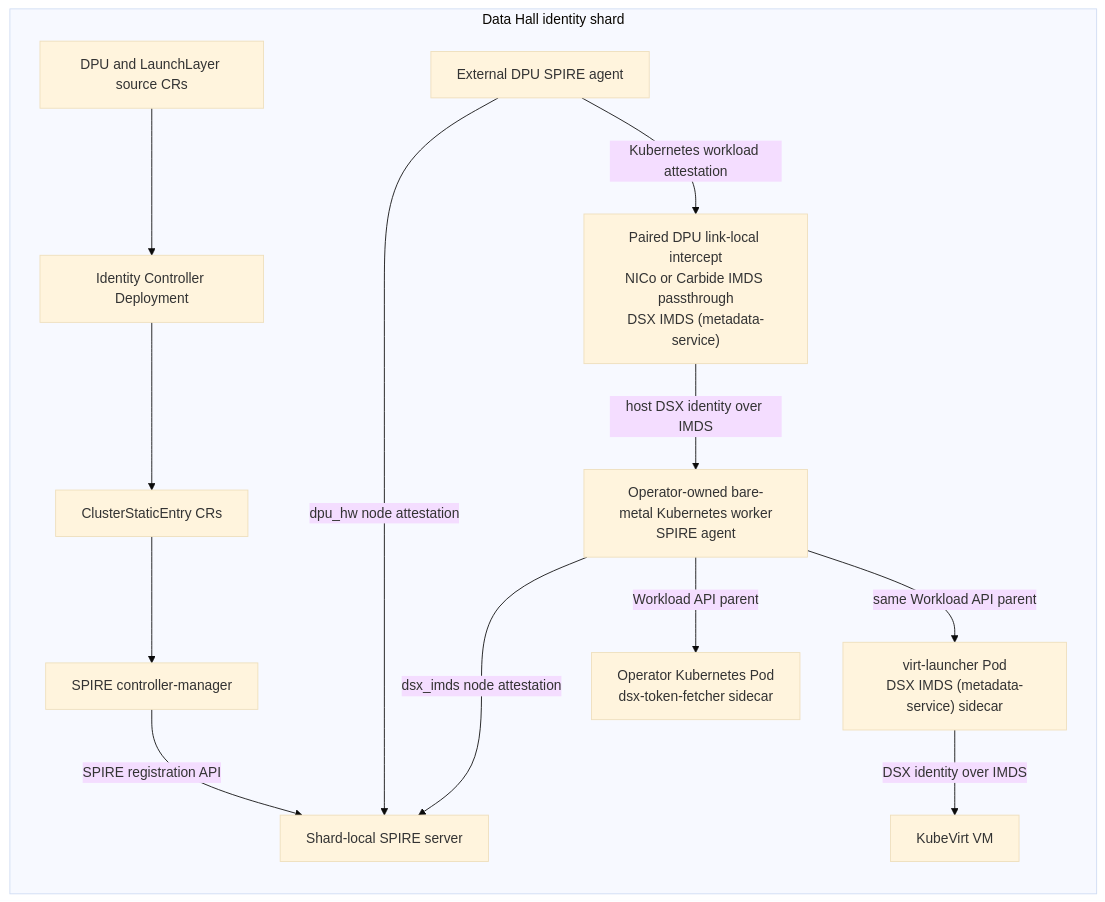
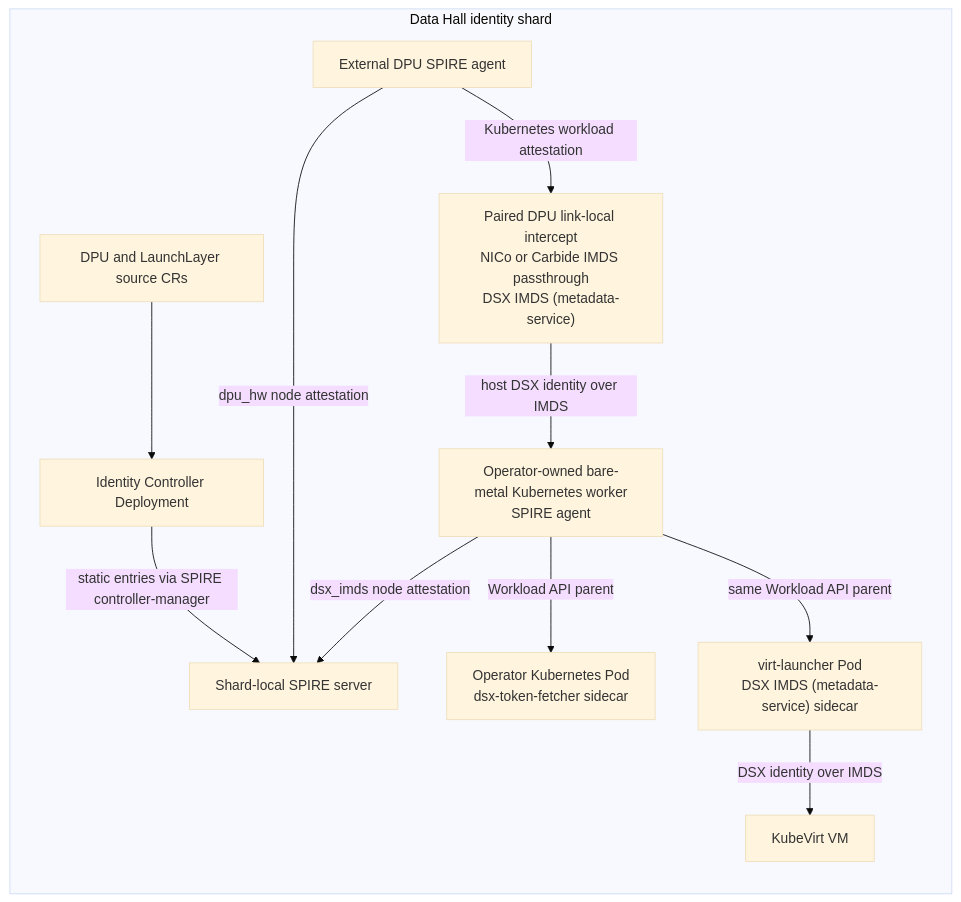
One commit to dsx-ai-factory/nvidia-workload-identity changed the first of 4 diagrams in README.md. Above: the diagram before and after it, drawn with Mermaid (base theme). The commit also changed other lines of this file, not shown here.

````diff
--- a/README.md
+++ b/README.md
@@ -87,29 +85,25 @@
 ```mermaid
 flowchart TB
   subgraph Shard["Data Hall identity shard"]
     direction TB
     Sources["DPU and LaunchLayer source CRs"]
     Controller["Identity Controller Deployment"]
-    Entries["ClusterStaticEntry CRs"]
-    Manager["SPIRE controller-manager"]
     SPIRE["Shard-local SPIRE server"]
     DPU["External DPU SPIRE agent"]
     MDS["Paired DPU link-local intercept<br/>NICo or Carbide IMDS passthrough<br/>DSX IMDS (metadata-service)"]
     Host["Operator-owned bare-metal Kubernetes worker<br/>SPIRE agent"]
     Pod["Operator Kubernetes Pod<br/>dsx-token-fetcher sidecar"]
     VMHost["virt-launcher Pod<br/>DSX IMDS (metadata-service) sidecar"]
     VM["KubeVirt VM"]
 
     Sources --> Controller
-    Controller --> Entries
-    Entries --> Manager
-    Manager -->|"SPIRE registration API"| SPIRE
+    Controller -->|"static entries via SPIRE controller-manager"| SPIRE
     DPU -->|"dpu_hw node attestation"| SPIRE
     DPU -->|"Kubernetes workload attestation"| MDS
     MDS -->|"host DSX identity over IMDS"| Host
     Host -->|"dsx_imds node attestation"| SPIRE
     Host -->|"Workload API parent"| Pod
     Host -->|"same Workload API parent"| VMHost
     VMHost -->|"DSX identity over IMDS"| VM
   end
 ```
````
